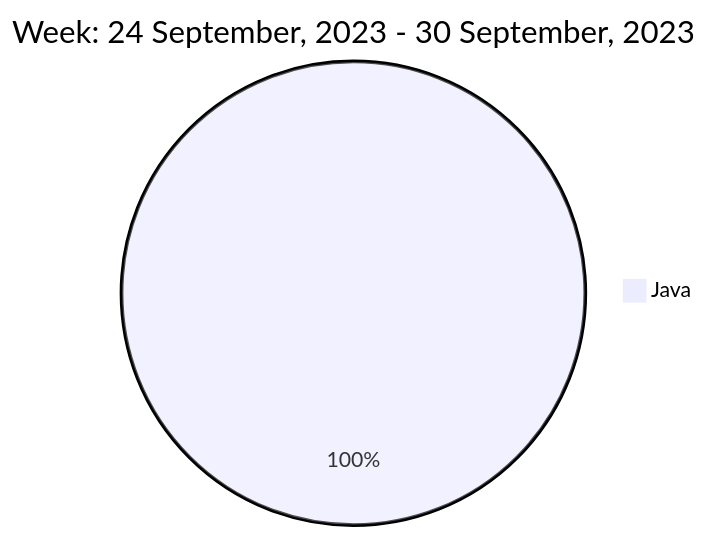
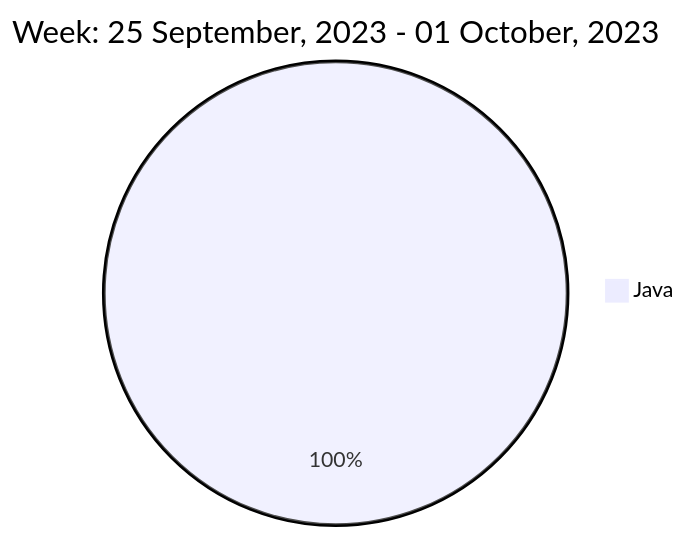
Before and after one commit to liubin95/liubin95: the diagram in README.md, drawn with Mermaid.

Commit message:
Updated the Graph with new Metrics

````diff
--- a/README.md
+++ b/README.md
@@ -40,5 +40,5 @@
 ```mermaid
  pie
-title Week: 24 September, 2023 - 30 September, 2023
+title Week: 25 September, 2023 - 01 October, 2023
  "Java" : 1.12
 ```
````
